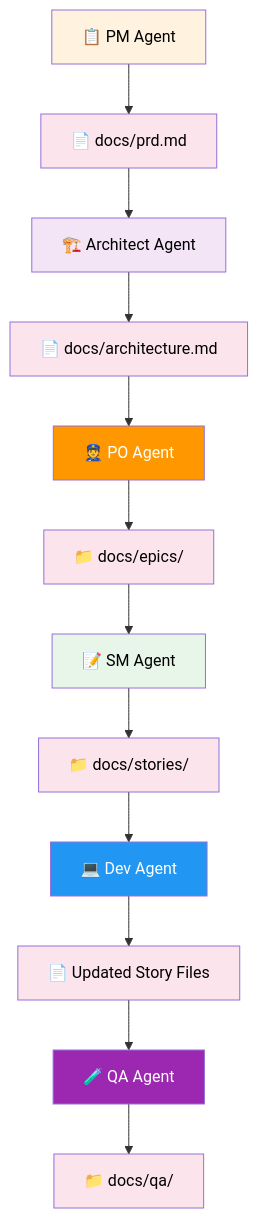
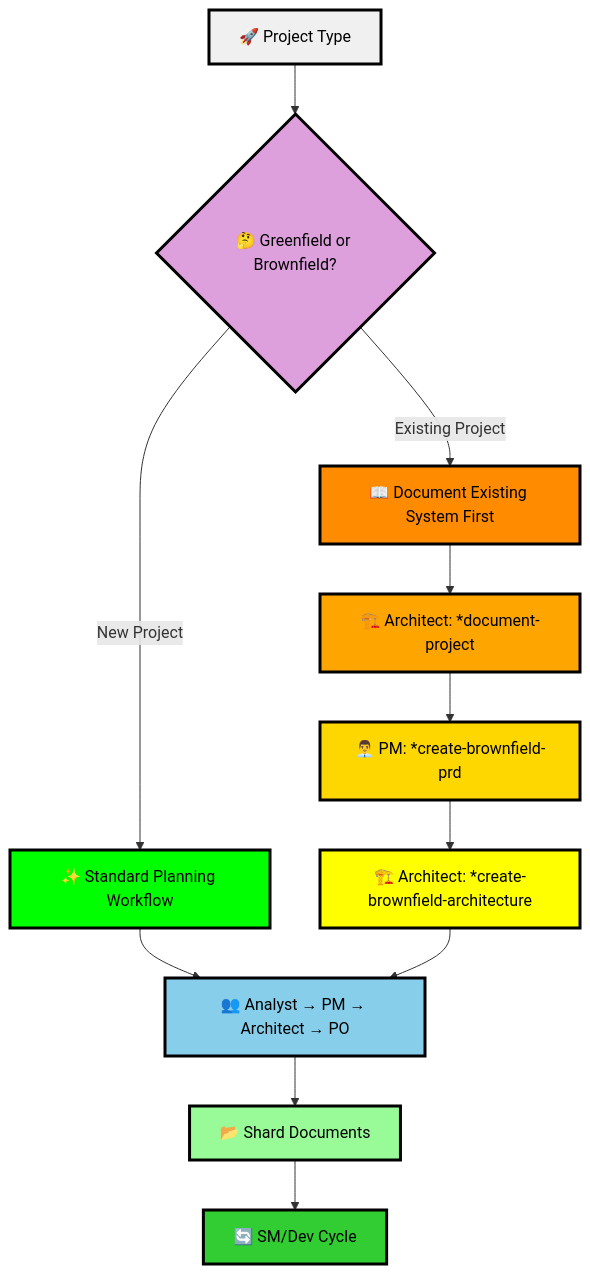
One commit to garkpit/RT-Vault changed diagram 11 of 12 in BMAD-method/BMAD-method - a visual guide.md. Above: the diagram before and after it, drawn with Mermaid. The commit also changed other lines of this file and 7 other files, not shown here.

````diff
--- a/BMAD-method/BMAD-method - a visual guide.md
+++ b/BMAD-method/BMAD-method - a visual guide.md
@@ -572,27 +358,26 @@
 ```mermaid
 graph TD
-    A["📋 PM Agent"] --> B["📄 docs/prd.md"]
-    B --> C["🏗️ Architect Agent"]
-    C --> D["📄 docs/architecture.md"]
-    D --> E["👮 PO Agent"]
-    E --> F["📁 docs/epics/"]
-    F --> G["📝 SM Agent"]
-    G --> H["📁 docs/stories/"]
-    H --> I["💻 Dev Agent"]
-    I --> J["📄 Updated Story Files"]
-    J --> K["🧪 QA Agent"]
-    K --> L["📁 docs/qa/"]
+    A["🚀 Project Type"] --> B{"🤔 Greenfield or Brownfield?"}
+    B -->|New Project| C["✨ Standard Planning Workflow"]
+    B -->|Existing Project| D["📖 Document Existing System First"]
     
-    style A fill:#fff3e0,color:#000
-    style B fill:#fce4ec,color:#000
-    style C fill:#f3e5f5,color:#000
-    style D fill:#fce4ec,color:#000
-    style E fill:#ff9800,color:#fff
-    style F fill:#fce4ec,color:#000
-    style G fill:#e8f5e9,color:#000
-    style H fill:#fce4ec,color:#000
-    style I fill:#2196f3,color:#fff
-    style J fill:#fce4ec,color:#000
-    style K fill:#9c27b0,color:#fff
-    style L fill:#fce4ec,color:#000
+    C --> C1["👥 Analyst → PM → Architect → PO"]
+    D --> D1["🏗️ Architect: *document-project"]
+    D1 --> D2["👨‍💼 PM: *create-brownfield-prd"]
+    D2 --> D3["🏗️ Architect: *create-brownfield-architecture"]
+    D3 --> C1
+    
+    C1 --> E["📂 Shard Documents"]
+    E --> F["🔄 SM/Dev Cycle"]
+    
+    style A fill:#F0F0F0,color:#000000,stroke:#000000,stroke-width:3px
+    style B fill:#DDA0DD,color:#000000,stroke:#000000,stroke-width:3px
+    style C fill:#00FF00,color:#000000,stroke:#000000,stroke-width:3px
+    style D fill:#FF8C00,color:#000000,stroke:#000000,stroke-width:3px
+    style C1 fill:#87CEEB,color:#000000,stroke:#000000,stroke-width:3px
+    style D1 fill:#FFA500,color:#000000,stroke:#000000,stroke-width:3px
+    style D2 fill:#FFD700,color:#000000,stroke:#000000,stroke-width:3px
+    style D3 fill:#FFFF00,color:#000000,stroke:#000000,stroke-width:3px
+    style E fill:#98FB98,color:#000000,stroke:#000000,stroke-width:3px
+    style F fill:#32CD32,color:#000000,stroke:#000000,stroke-width:3px
 ```
````
